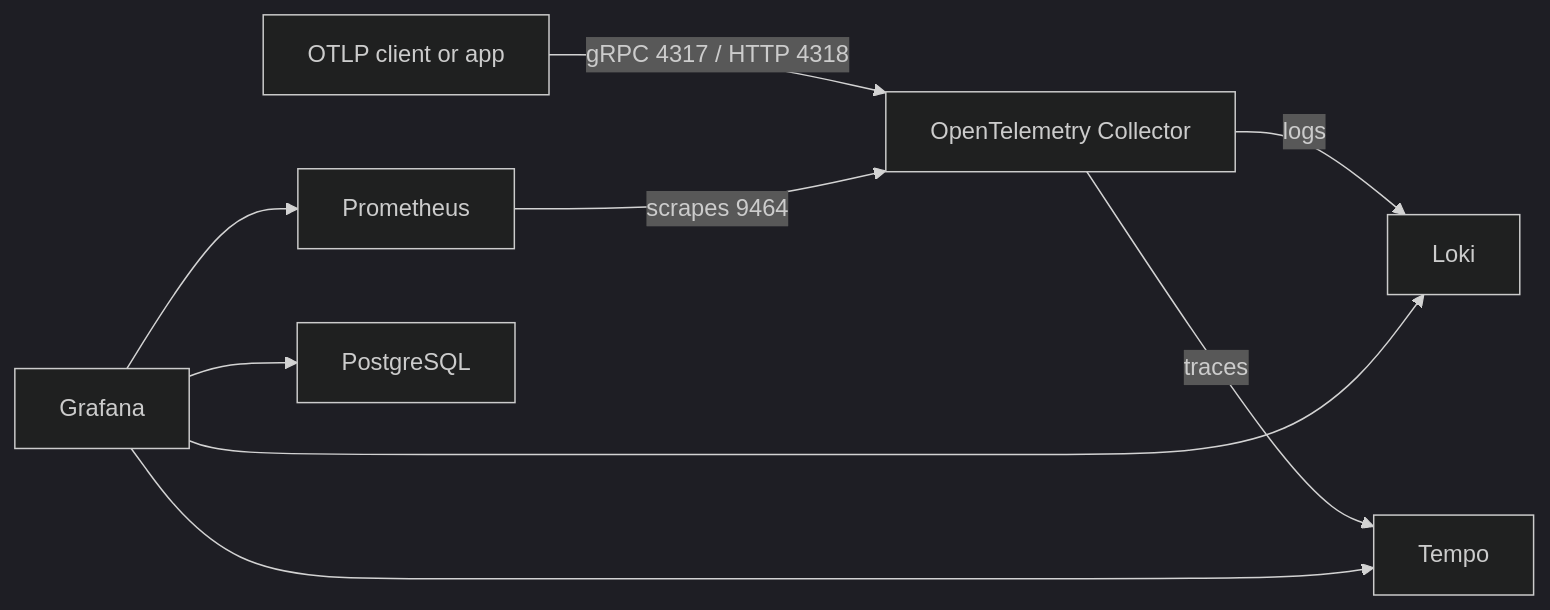
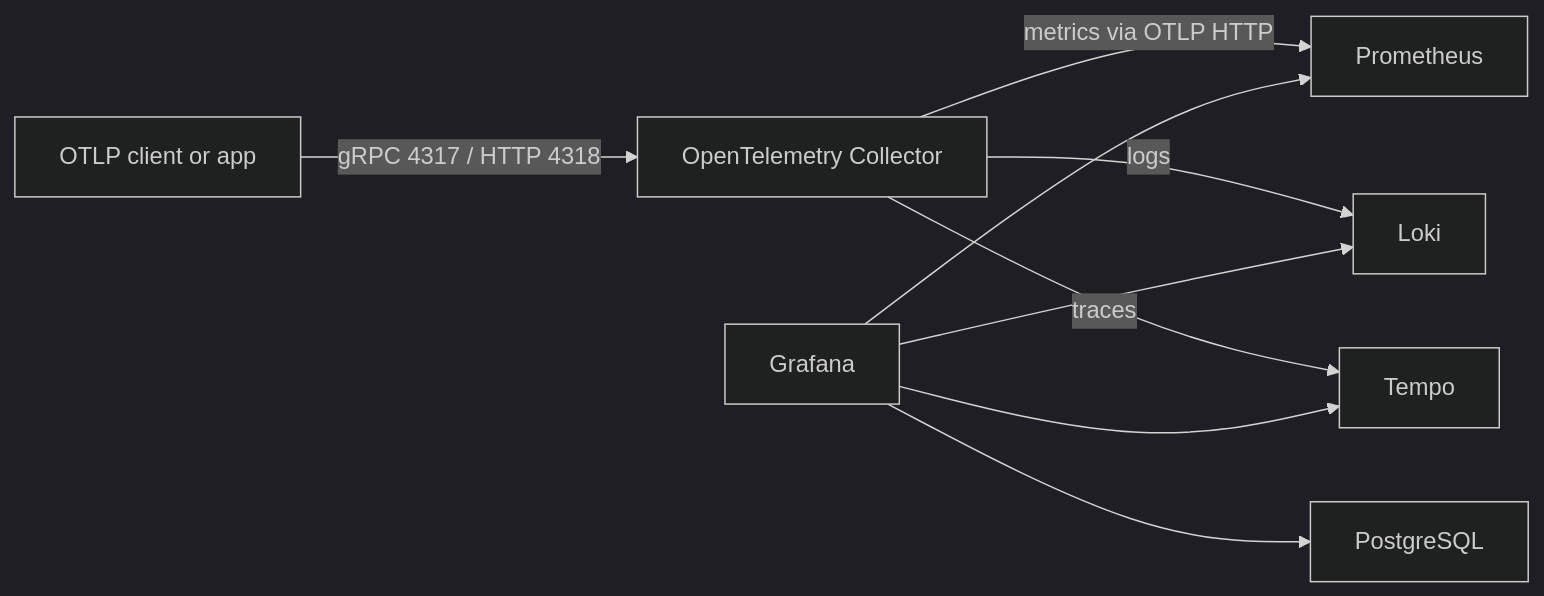
One commit to jeronimonunes/grafana-otel-docker-stack changed the diagram in README.md. Above: the diagram before and after it, drawn with Mermaid (dark theme). The commit also changed other lines of this file and 3 other files, not shown here.

````diff
--- a/README.md
+++ b/README.md
@@ -20,11 +20,11 @@
 ```mermaid
 flowchart LR
   Client[OTLP client or app] -->|gRPC 4317 / HTTP 4318| OTel[OpenTelemetry Collector]
-  Prometheus -->|scrapes 9464| OTel
+  OTel -->|metrics via OTLP HTTP| Prometheus
   OTel -->|logs| Loki
   OTel -->|traces| Tempo
   Grafana --> Prometheus
   Grafana --> Loki
   Grafana --> Tempo
   Grafana --> PostgreSQL
 ```
````
